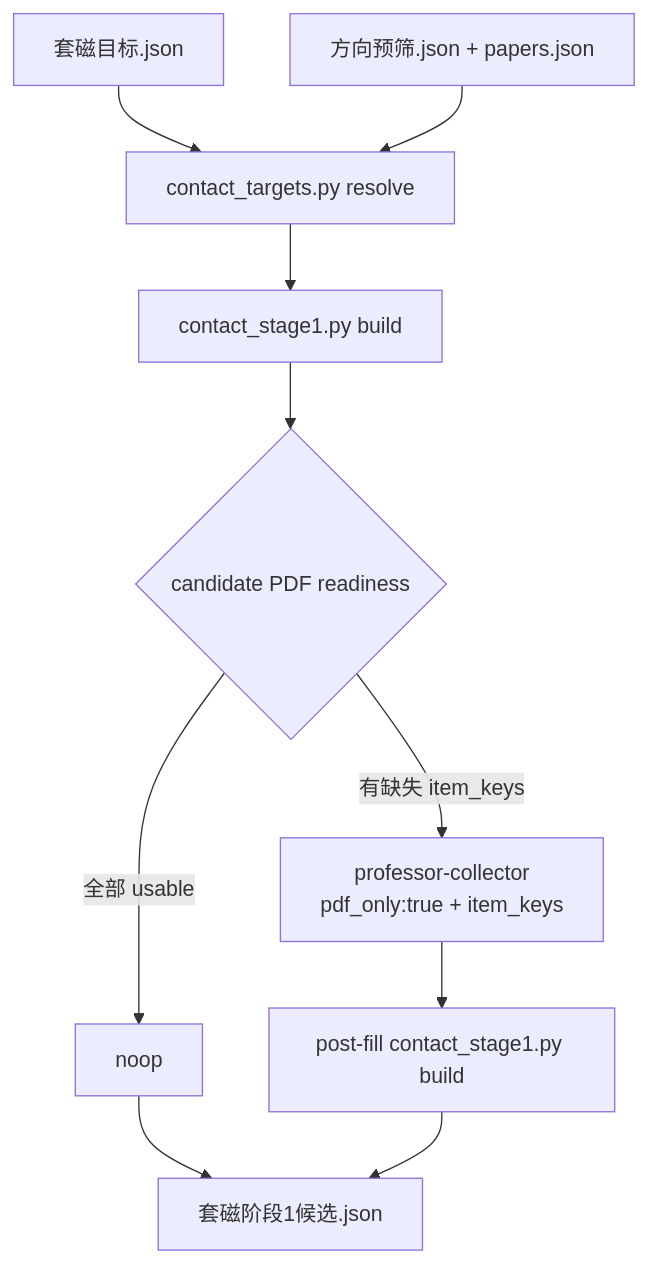
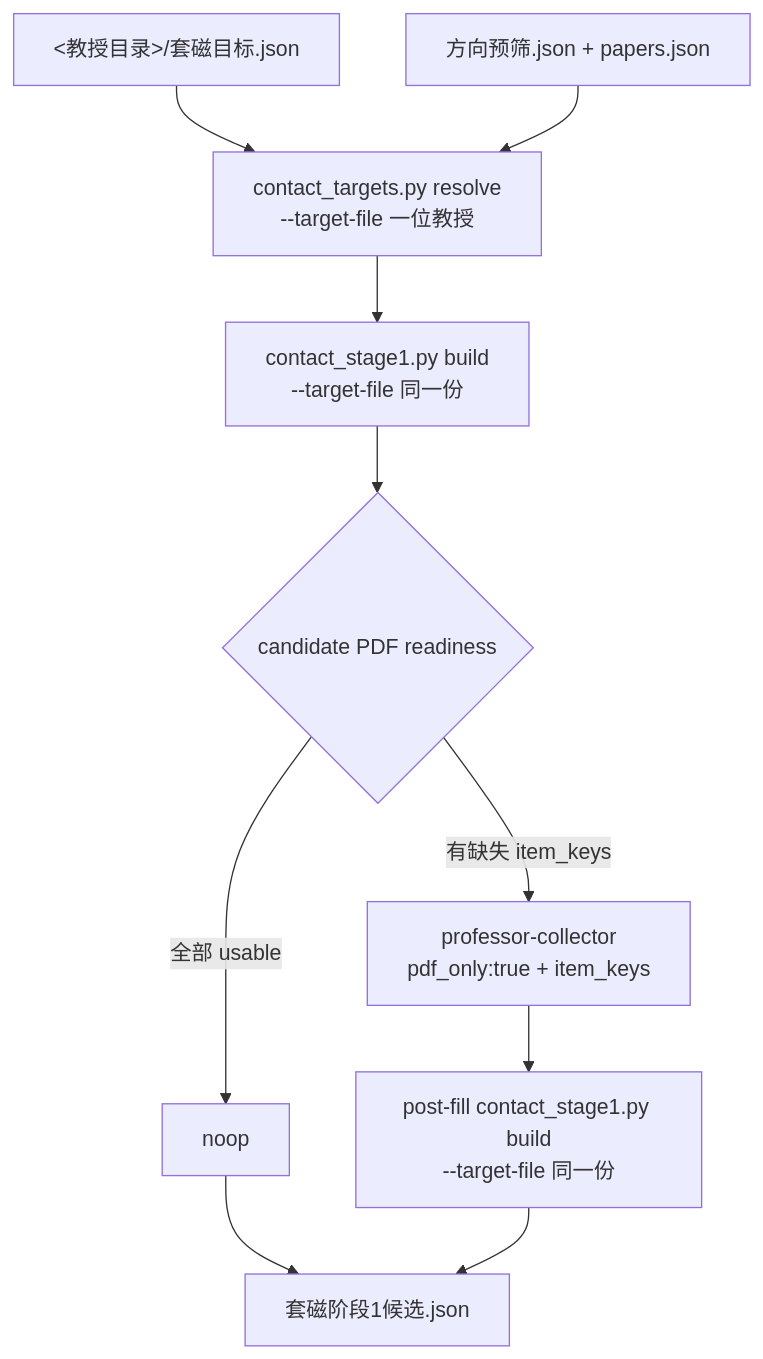
Before and after one commit to ScholarWorkflow/professor-contact: the third of 10 diagrams in .apm/skills/professor-contact/docs/workflow-reference.md, drawn with Mermaid. The commit also changed other lines of this file and 27 other files, not shown here.

First line of the commit message:
feat: split Stage-0 target state into one file per professor

````diff
--- a/.apm/skills/professor-contact/docs/workflow-reference.md
+++ b/.apm/skills/professor-contact/docs/workflow-reference.md
@@ -114,17 +117,17 @@
 ```mermaid
 flowchart TD
-    T["套磁目标.json"]
+    T["<教授目录>/套磁目标.json"]
     P["方向预筛.json + papers.json"]
-    R["contact_targets.py resolve"]
-    B["contact_stage1.py build"]
+    R["contact_targets.py resolve<br/>--target-file 一位教授"]
+    B["contact_stage1.py build<br/>--target-file 同一份"]
     Q{"candidate PDF readiness"}
     N["noop"]
     F["professor-collector<br/>pdf_only:true + item_keys"]
-    RB["post-fill contact_stage1.py build"]
+    RB["post-fill contact_stage1.py build<br/>--target-file 同一份"]
     S["套磁阶段1候选.json"]
 
     T --> R
     P --> R --> B --> Q
     Q -->|"全部 usable"| N --> S
     Q -->|"有缺失 item_keys"| F --> RB --> S
 ```
````
